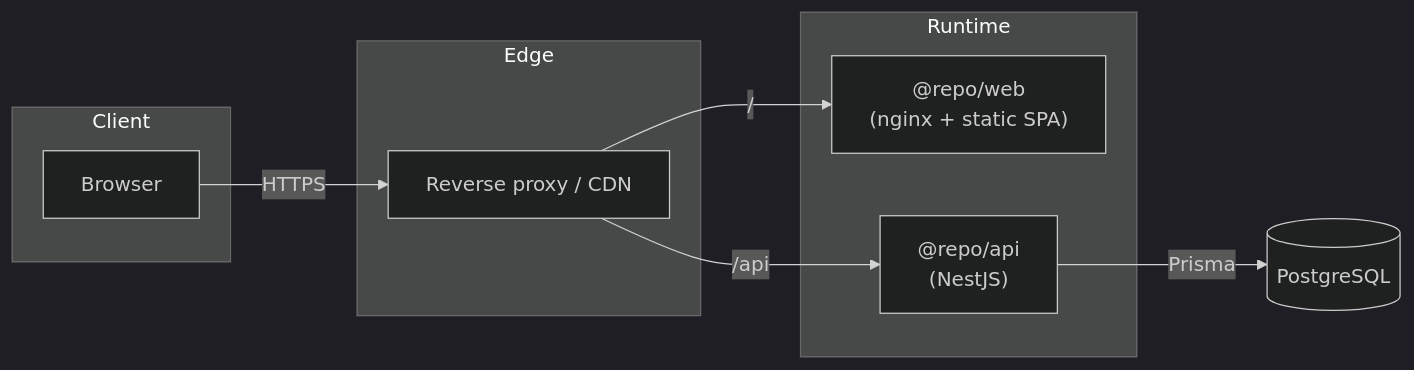
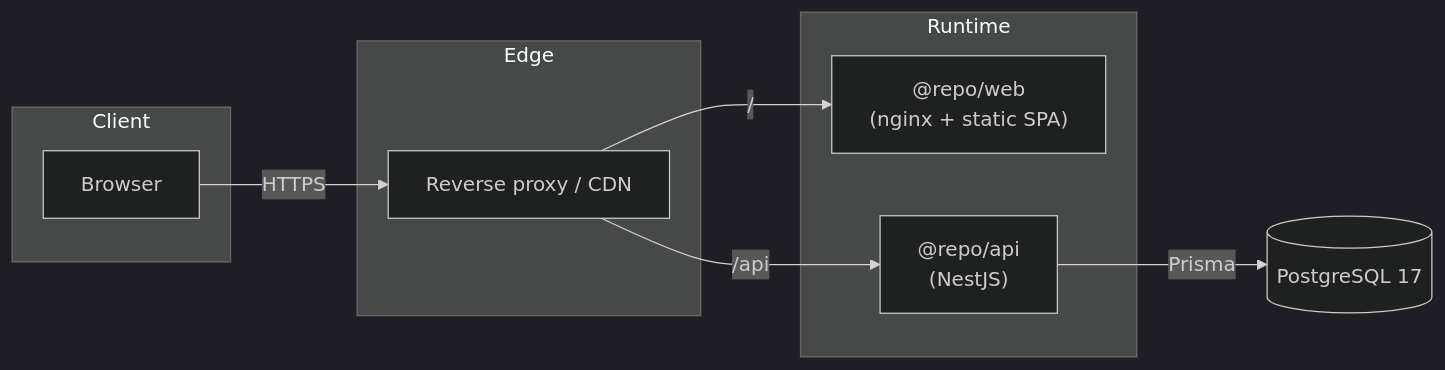
Before and after one commit to HuttonHomeHub/SchedulePoint_1: the first of 2 diagrams in docs/ARCHITECTURE.md, drawn with Mermaid (dark theme). The commit also changed other lines of this file and 14 other files, not shown here.

````diff
--- a/docs/ARCHITECTURE.md
+++ b/docs/ARCHITECTURE.md
@@ -13,19 +14,19 @@
 ```mermaid
 graph LR
   subgraph Client
     B[Browser]
   end
   subgraph Edge
     RP[Reverse proxy / CDN]
   end
   subgraph Runtime
     W["@repo/web<br/>(nginx + static SPA)"]
     A["@repo/api<br/>(NestJS)"]
   end
-  DB[("PostgreSQL")]
+  DB[("PostgreSQL 17")]
 
   B -->|HTTPS| RP
   RP -->|/| W
   RP -->|/api| A
   A -->|Prisma| DB
 ```
````
